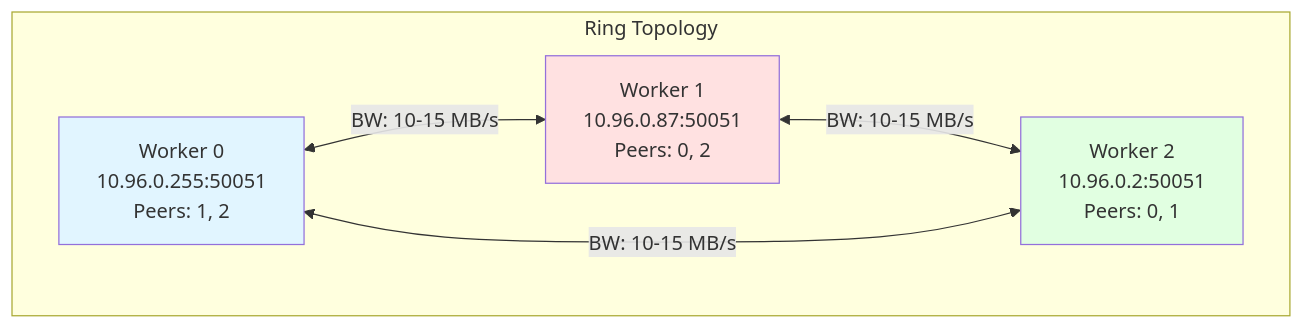
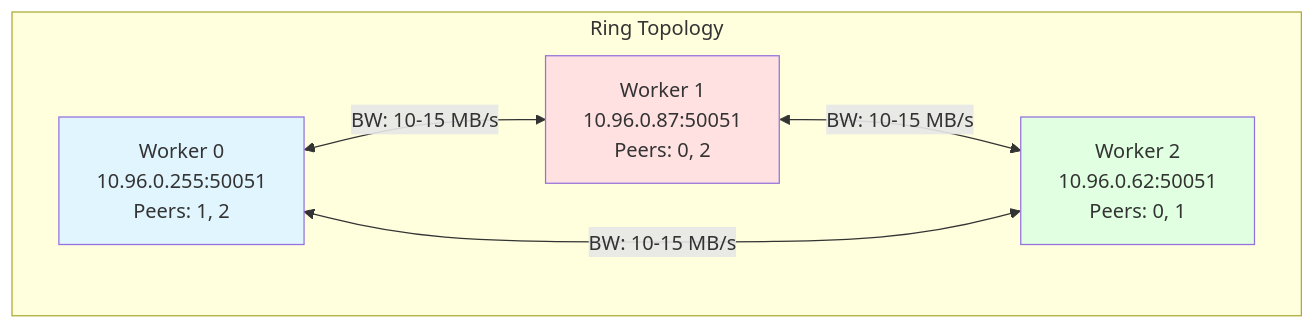
Before and after one commit to Gufran2809/MPLS-python: the sixth of 8 diagrams in ARCHITECTURE.md, drawn with Mermaid. The commit also changed other lines of this file and 9 other files, not shown here.

````diff
--- a/ARCHITECTURE.md
+++ b/ARCHITECTURE.md
@@ -280,16 +280,16 @@
 ```mermaid
 graph TB
     subgraph "Ring Topology"
         W0[Worker 0<br/>10.96.0.255:50051<br/>Peers: 1, 2]
         W1[Worker 1<br/>10.96.0.87:50051<br/>Peers: 0, 2]
-        W2[Worker 2<br/>10.96.0.2:50051<br/>Peers: 0, 1]
+        W2[Worker 2<br/>10.96.0.62:50051<br/>Peers: 0, 1]
         
         W0 <-->|BW: 10-15 MB/s| W1
         W1 <-->|BW: 10-15 MB/s| W2
         W2 <-->|BW: 10-15 MB/s| W0
     end
     
     style W0 fill:#e1f5ff
     style W1 fill:#ffe1e1
     style W2 fill:#e1ffe1
 ```
````
